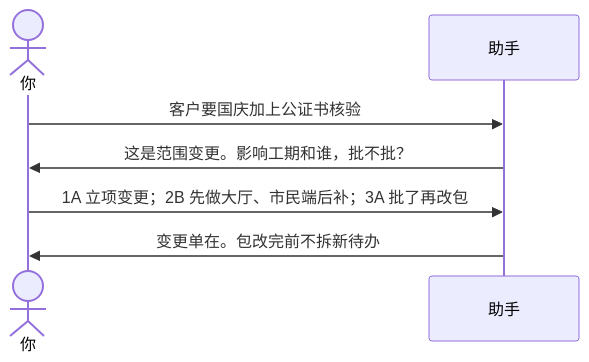
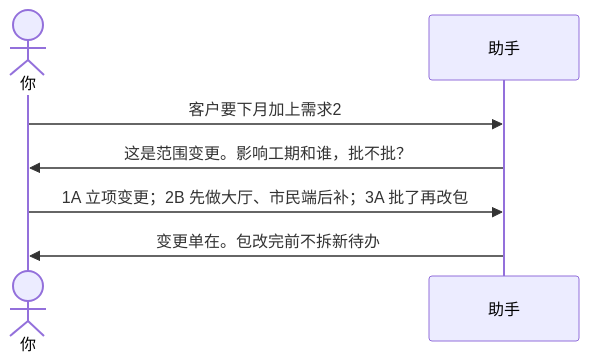
The second of 3 diagrams in examples/13-改需求和范围.md (qiusuo0226/chrono-pm-skill), drawn with Mermaid before and after one commit. The commit also changed other lines of this file and 16 other files, not shown here.

````diff
--- a/examples/13-改需求和范围.md
+++ b/examples/13-改需求和范围.md
@@ -20,10 +20,10 @@
 ```mermaid
 sequenceDiagram
     actor You as 你
     participant AI as 助手
 
-    You->>AI: 客户要国庆加上公证书核验
+    You->>AI: 客户要下月加上需求2
     AI->>You: 这是范围变更。影响工期和谁，批不批？
     You->>AI: 1A 立项变更；2B 先做大厅、市民端后补；3A 批了再改包
     AI->>You: 变更单在。包改完前不拆新待办
 ```
````
